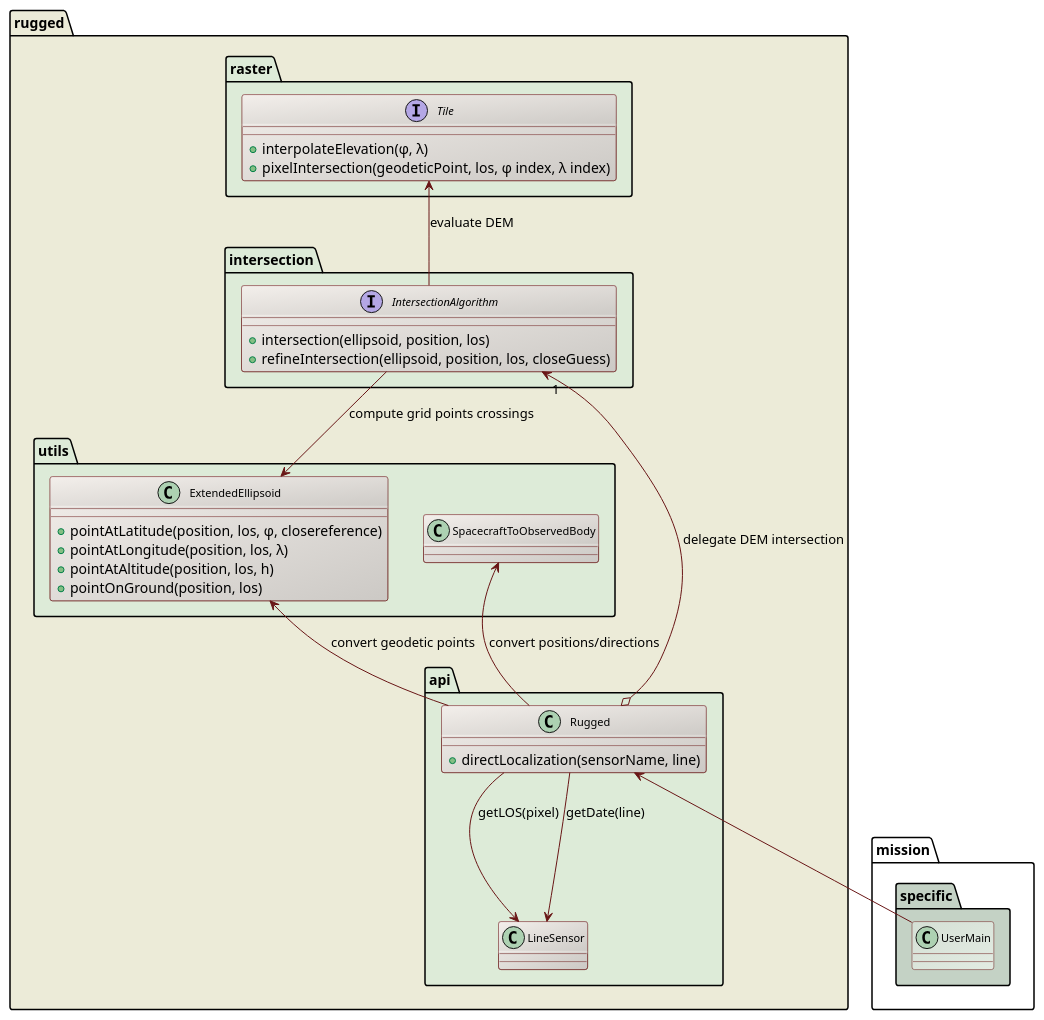
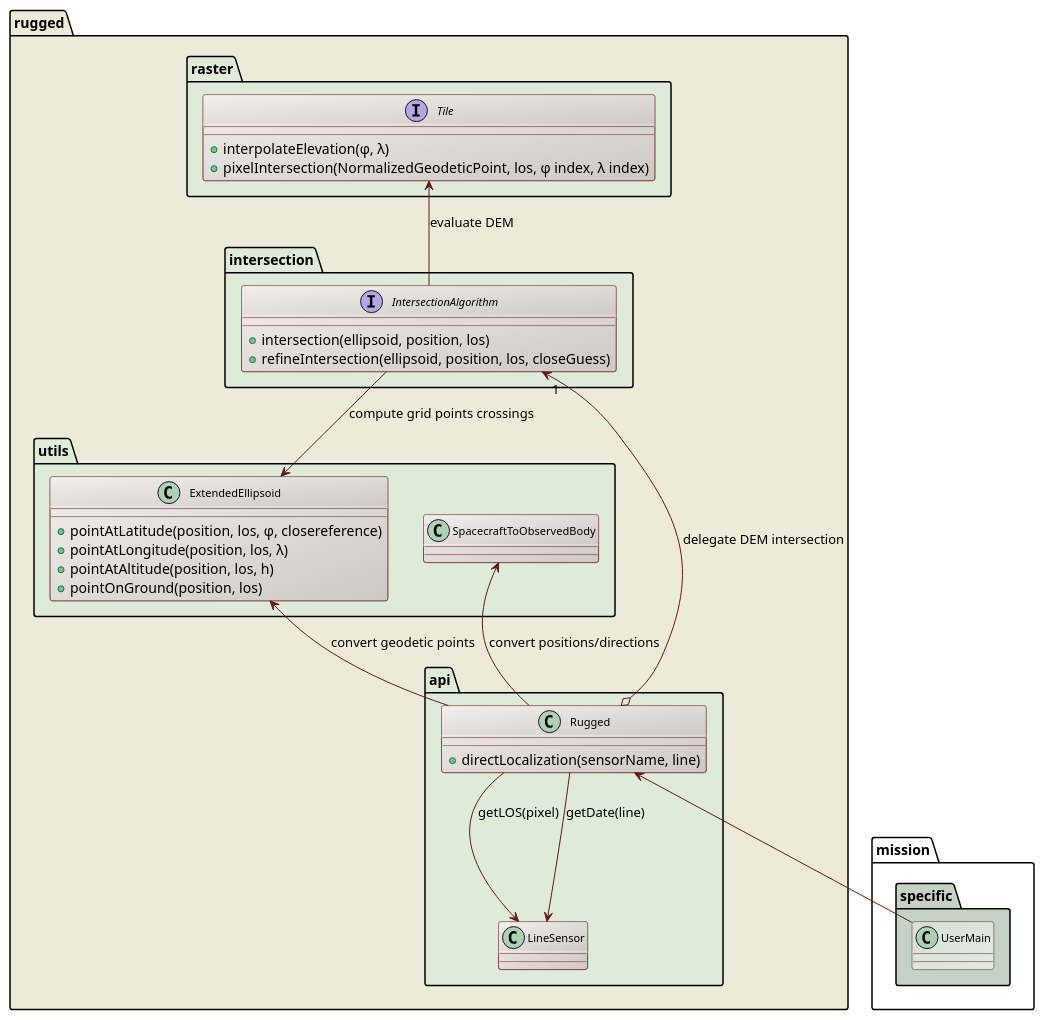
One commit to CS-SI/Rugged changed the diagram in design/direct-localization-class-diagram.puml. Above: the diagram before and after it, drawn with PlantUML. The commit also changed 12 other files, not shown here.

```diff
--- a/design/direct-localization-class-diagram.puml
+++ b/design/direct-localization-class-diagram.puml
@@ -17,60 +17,60 @@
 @startuml
 
   skinparam svek                  true
   skinparam ClassBackgroundColor  #F3EFEB/CCC9C5
   skinparam ClassArrowColor       #691616
   skinparam ClassBorderColor      #691616
   skinparam NoteBackgroundColor   #F3EFEB
   skinparam NoteBorderColor       #691616
   skinparam NoteFontColor         #691616
   skinparam ClassFontSize         11
 
   package rugged #ECEBD8 {
 
     package raster #DDEBD8 {
       interface Tile {
         +interpolateElevation(φ, λ)
-        +pixelIntersection(geodeticPoint, los, φ index, λ index)
+        +pixelIntersection(NormalizedGeodeticPoint, los, φ index, λ index)
       }
     }
 
     package intersection #DDEBD8 {
       interface IntersectionAlgorithm {
         +intersection(ellipsoid, position, los)
         +refineIntersection(ellipsoid, position, los, closeGuess)
       }
       Tile <-- IntersectionAlgorithm : evaluate DEM
     }
 
     package utils #DDEBD8 {
 
       class ExtendedEllipsoid {
         +pointAtLatitude(position, los, φ, closereference)
         +pointAtLongitude(position, los, λ)
         +pointAtAltitude(position, los, h)
         +pointOnGround(position, los)
       }
       class SpacecraftToObservedBody
       IntersectionAlgorithm --> ExtendedEllipsoid : compute grid points crossings
     }
 
     package api #DDEBD8 {
       class Rugged {
         +directLocalization(sensorName, line)
       }
       class LineSensor
       IntersectionAlgorithm "1" <--o Rugged : delegate DEM intersection
       ExtendedEllipsoid <-- Rugged : convert geodetic points
       Rugged --> LineSensor : getLOS(pixel)
       Rugged --> LineSensor : getDate(line)
       SpacecraftToObservedBody <-- Rugged : convert positions/directions
     }
 
   }
 
   package mission.specific #C4D2C5 {
     class UserMain #D5E0D5/E2EBE2
     Rugged              <-- UserMain
   }
 
 @enduml
```
